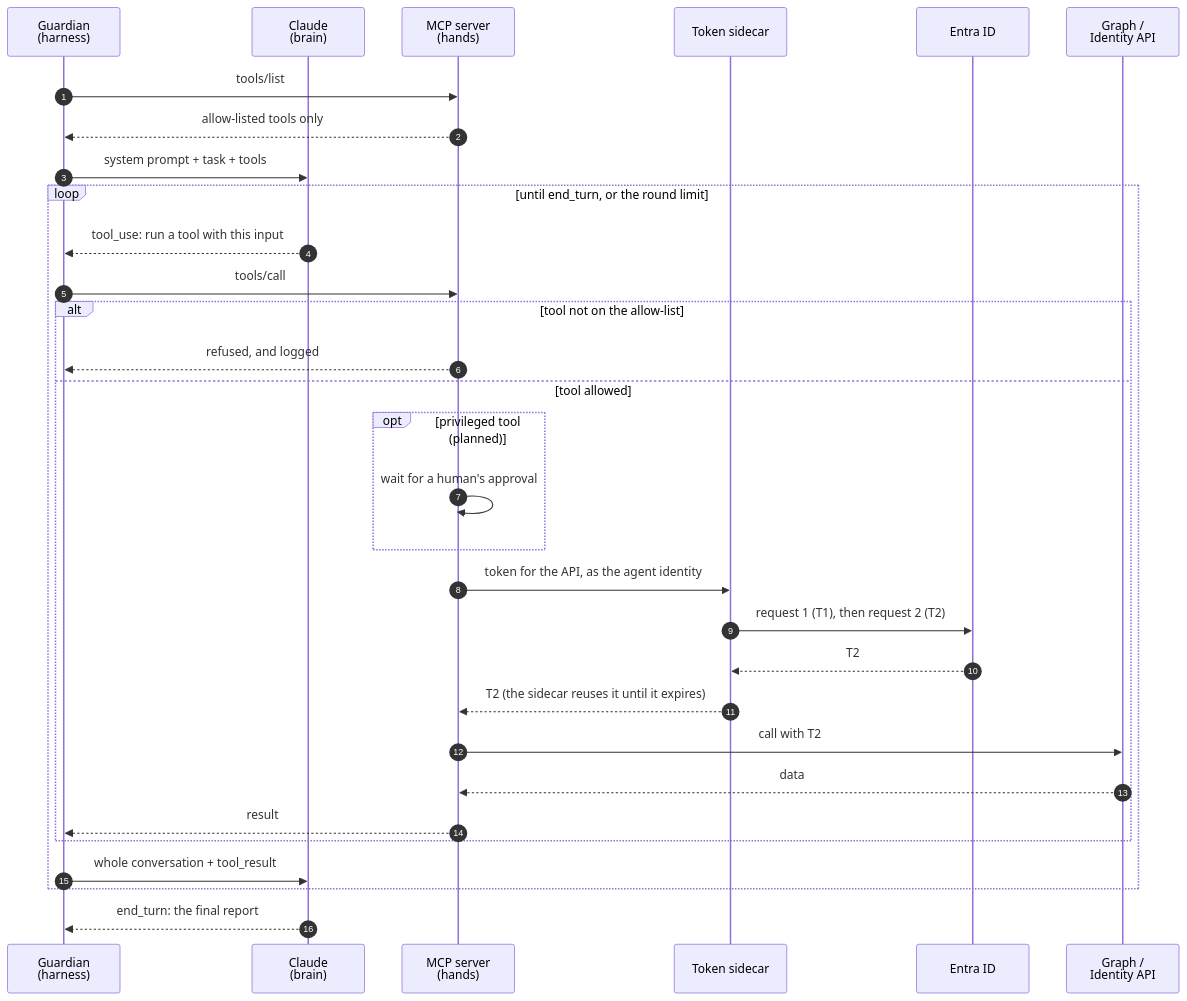
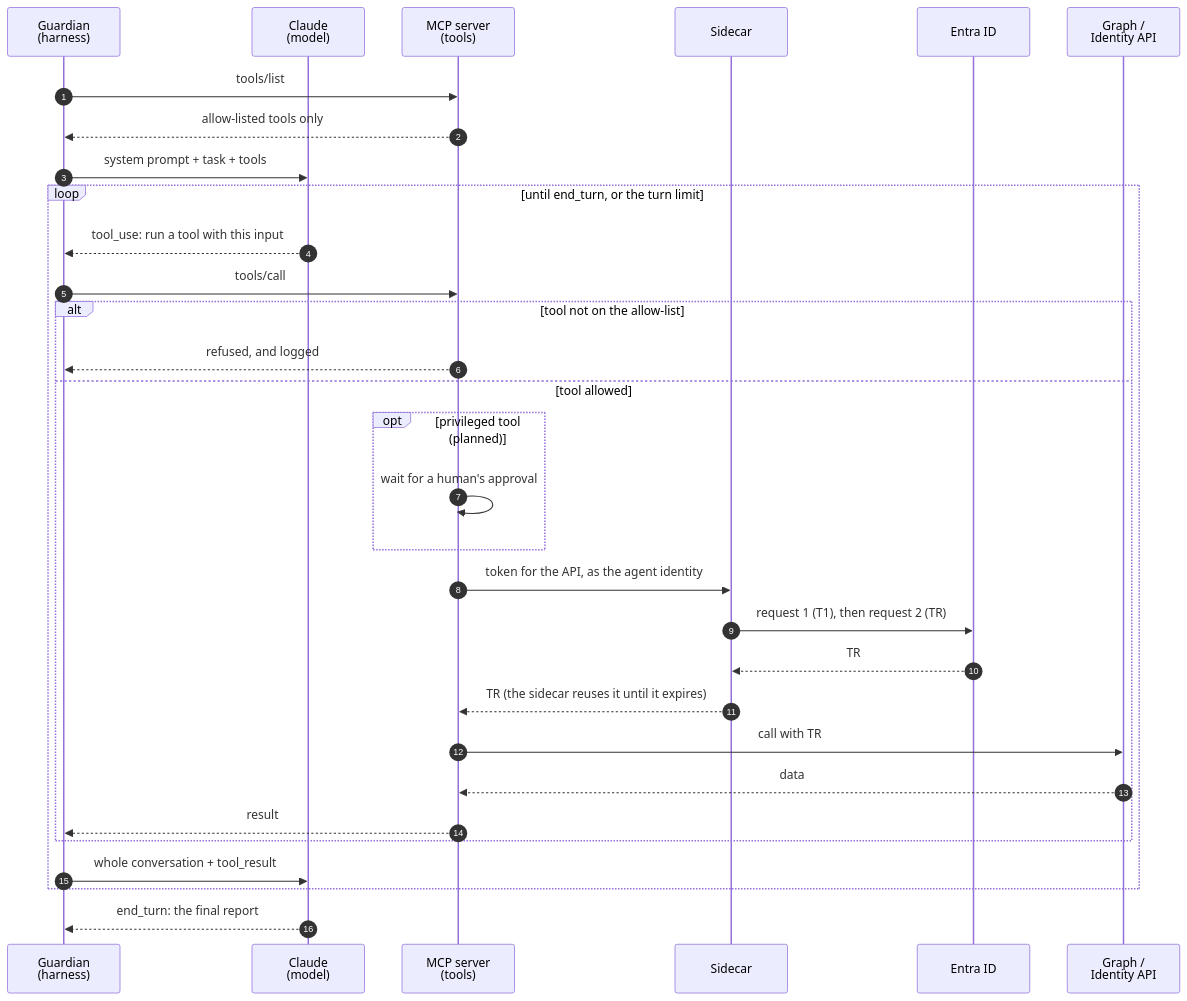
One commit to alireza-mpr/agent-steward changed the fifth of 5 diagrams in docs/agent-architecture.md. Above: the diagram before and after it, drawn with Mermaid. The commit also changed other lines of this file and 16 other files, not shown here.

````diff
--- a/docs/agent-architecture.md
+++ b/docs/agent-architecture.md
@@ -346,34 +350,34 @@
 ```mermaid
 sequenceDiagram
     autonumber
     participant G as Guardian<br/>(harness)
-    participant C as Claude<br/>(brain)
-    participant M as MCP server<br/>(hands)
-    participant S as Token sidecar
+    participant C as Claude<br/>(model)
+    participant M as MCP server<br/>(tools)
+    participant S as Sidecar
     participant E as Entra ID
     participant R as Graph /<br/>Identity API
 
     G->>M: tools/list
     M-->>G: allow-listed tools only
     G->>C: system prompt + task + tools
-    loop until end_turn, or the round limit
+    loop until end_turn, or the turn limit
         C-->>G: tool_use: run a tool with this input
         G->>M: tools/call
         alt tool not on the allow-list
             M-->>G: refused, and logged
         else tool allowed
             opt privileged tool (planned)
                 M->>M: wait for a human's approval
             end
             M->>S: token for the API, as the agent identity
-            S->>E: request 1 (T1), then request 2 (T2)
-            E-->>S: T2
-            S-->>M: T2 (the sidecar reuses it until it expires)
-            M->>R: call with T2
+            S->>E: request 1 (T1), then request 2 (TR)
+            E-->>S: TR
+            S-->>M: TR (the sidecar reuses it until it expires)
+            M->>R: call with TR
             R-->>M: data
             M-->>G: result
         end
         G->>C: whole conversation + tool_result
     end
     C-->>G: end_turn: the final report
 ```
````
